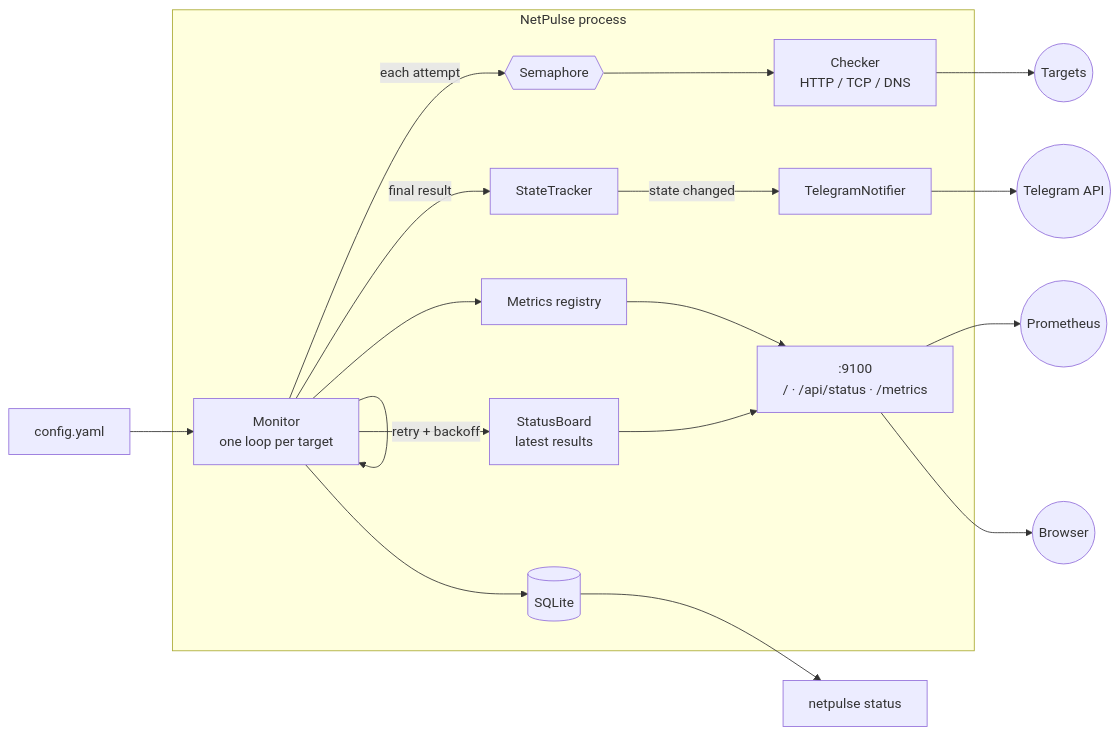
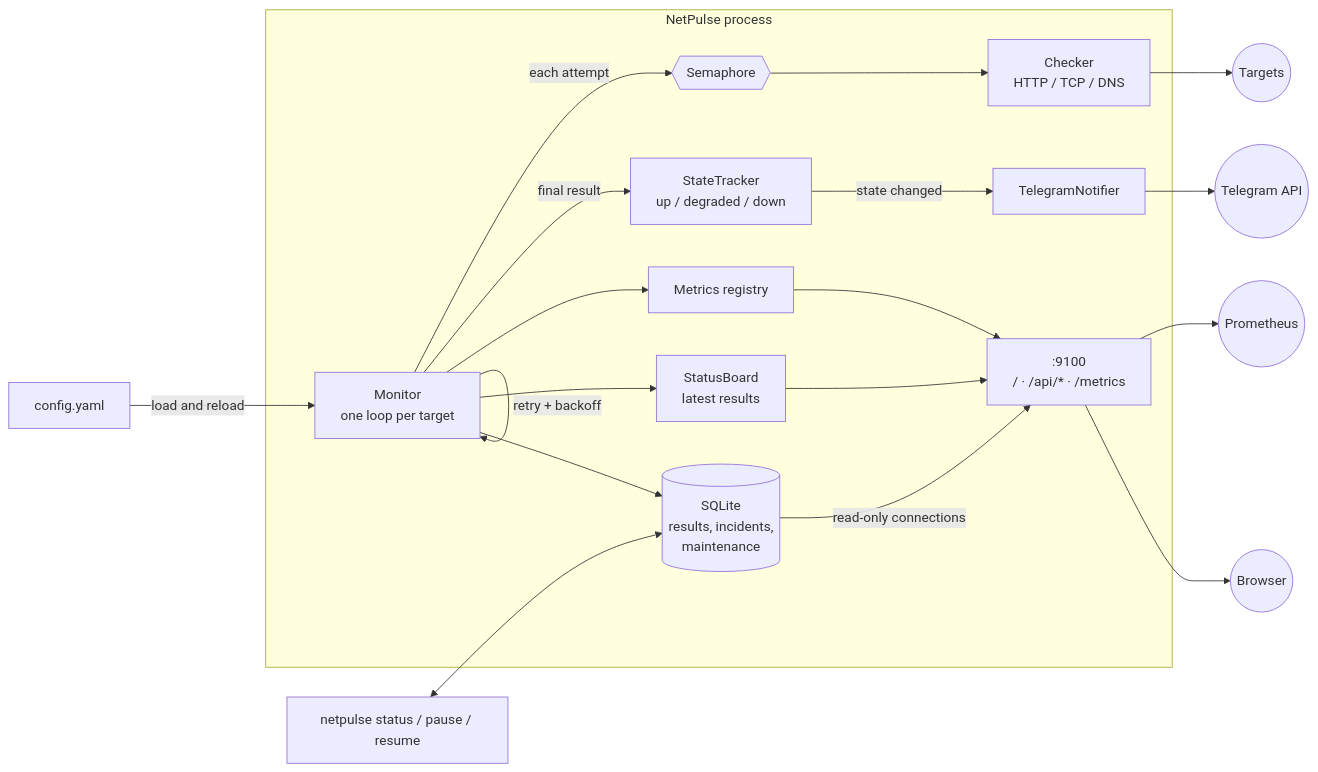
One commit to movsarusumov172-crypto/NetPulse changed the diagram in README.md. Above: the diagram before and after it, drawn with Mermaid. The commit also changed other lines of this file and 2 other files, not shown here.

First line of the commit message:
docs: document incidents, degraded state, maintenance, reload and the API

````diff
--- a/README.md
+++ b/README.md
@@ -29,23 +49,24 @@
 ```mermaid
 flowchart LR
-    CFG[config.yaml] --> MON
+    CFG[config.yaml] -->|load and reload| MON
 
     subgraph NetPulse process
         MON[Monitor<br/>one loop per target] -->|each attempt| SEM{{Semaphore}}
         SEM --> CHK[Checker<br/>HTTP / TCP / DNS]
         MON -->|retry + backoff| MON
-        MON -->|final result| ST[StateTracker]
-        MON --> DB[(SQLite)]
+        MON -->|final result| ST[StateTracker<br/>up / degraded / down]
+        MON --> DB[(SQLite<br/>results, incidents,<br/>maintenance)]
         MON --> MET[Metrics registry]
         MON --> BRD[StatusBoard<br/>latest results]
         ST -->|state changed| TG[TelegramNotifier]
-        MET --> EP[":9100<br/>/ · /api/status · /metrics"]
+        MET --> EP[":9100<br/>/ · /api/* · /metrics"]
         BRD --> EP
+        DB -->|read-only connections| EP
     end
 
     CHK --> NET((Targets))
     TG --> API((Telegram API))
     EP --> PROM((Prometheus))
     EP --> WEB((Browser))
-    DB --> CLI[netpulse status]
+    CLI[netpulse status / pause / resume] <--> DB
 ```
````
